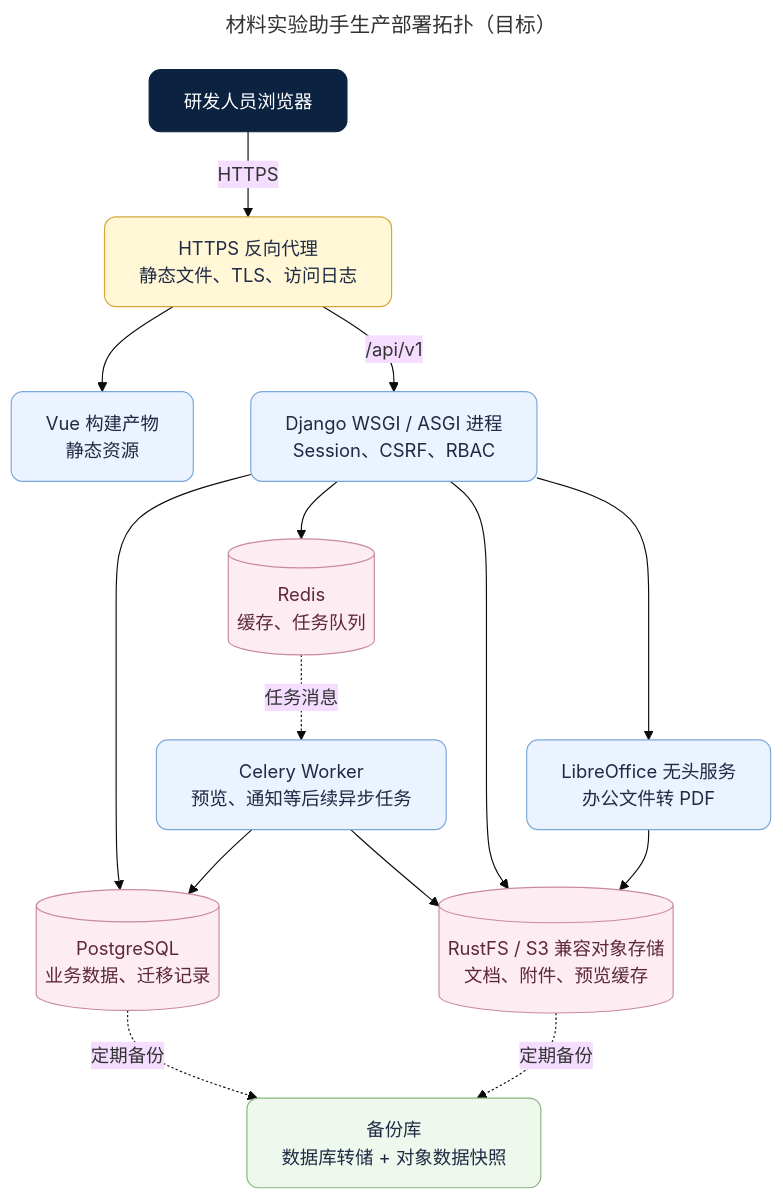
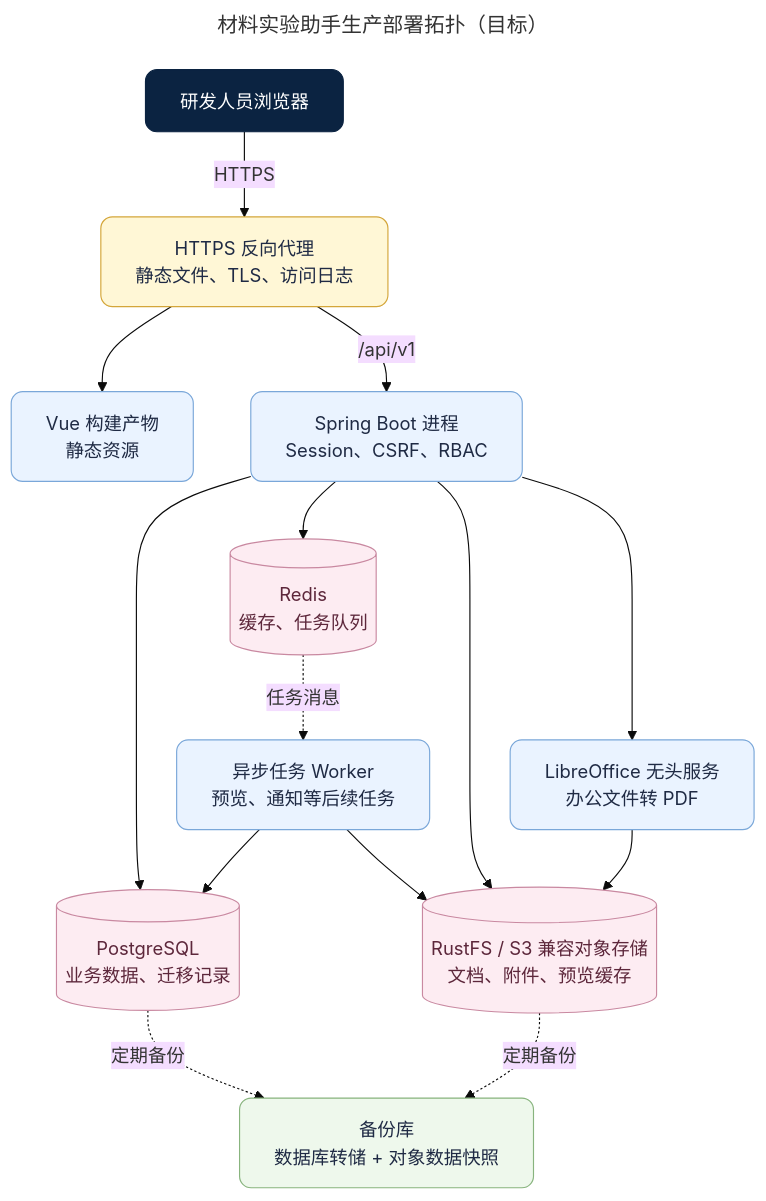
One commit to bujiuzhi/labAssistant changed the fourth of 4 diagrams in docs/overview-design.md. Above: the diagram before and after it, drawn with Mermaid (base theme). The commit also changed other lines of this file and 133 other files, not shown here.

````diff
--- a/docs/overview-design.md
+++ b/docs/overview-design.md
@@ -212,36 +212,36 @@
 ```mermaid
 ---
 title: 材料实验助手生产部署拓扑（目标）
 ---
 flowchart TB
     Browser["研发人员浏览器"]:::client
     Gateway["HTTPS 反向代理<br/>静态文件、TLS、访问日志"]:::gateway
     Web["Vue 构建产物<br/>静态资源"]:::process
-    Api["Django WSGI / ASGI 进程<br/>Session、CSRF、RBAC"]:::process
-    Worker["Celery Worker<br/>预览、通知等后续异步任务"]:::process
+    Api["Spring Boot 进程<br/>Session、CSRF、RBAC"]:::process
+    Worker["异步任务 Worker<br/>预览、通知等后续任务"]:::process
     Database[("PostgreSQL<br/>业务数据、迁移记录")]:::storage
     Cache[("Redis<br/>缓存、任务队列")]:::storage
     Media[("RustFS / S3 兼容对象存储<br/>文档、附件、预览缓存")]:::storage
     Office["LibreOffice 无头服务<br/>办公文件转 PDF"]:::process
     Backup["备份库<br/>数据库转储 + 对象数据快照"]:::backup
 
     Browser -->|"HTTPS"| Gateway
     Gateway --> Web
     Gateway -->|"/api/v1"| Api
     Api --> Database
     Api --> Cache
     Api --> Media
     Api --> Office
     Office --> Media
     Cache -. "任务消息" .-> Worker
     Worker --> Database
     Worker --> Media
     Database -. "定期备份" .-> Backup
     Media -. "定期备份" .-> Backup
 
     classDef client fill:#0B2341,stroke:#0B2341,stroke-width:1px,color:#FFFFFF,rx:10,ry:10;
     classDef gateway fill:#FFF7D6,stroke:#D4A63A,stroke-width:1px,color:#1F2A44,rx:10,ry:10;
     classDef process fill:#EAF3FF,stroke:#7AA7D9,stroke-width:1px,color:#1F2A44,rx:10,ry:10;
     classDef storage fill:#FDECF2,stroke:#C989A1,stroke-width:1px,color:#5D273B,rx:10,ry:10;
     classDef backup fill:#EEF8EC,stroke:#88B47E,stroke-width:1px,color:#1F2A44,rx:10,ry:10;
 ```
````
